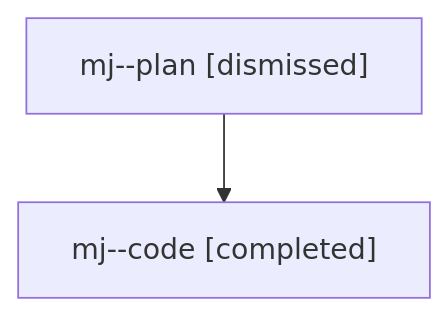
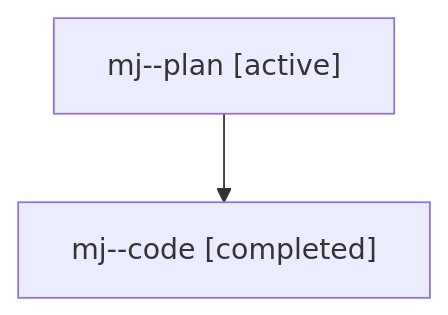
The diagram in families/bbugyi200.athena.mj.md (sase-org/sase--agents), drawn with Mermaid before and after one commit. The commit also changed other lines of this file and 5813 other files, not shown here.

````diff
--- a/families/bbugyi200.athena.mj.md
+++ b/families/bbugyi200.athena.mj.md
@@ -9,6 +9,6 @@
 ```mermaid
 flowchart TD
-  n0["mj--plan [dismissed]"]
+  n0["mj--plan [active]"]
   n1["mj--code [completed]"]
   n0 --> n1
 ```
````
